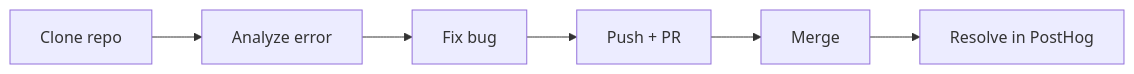
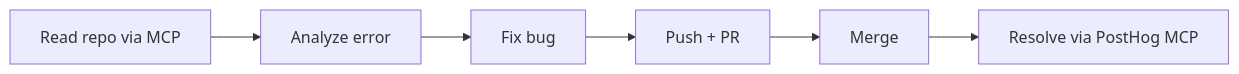
The second of 4 diagrams in OVERVIEW.md (MattBro/posthog-bugfix-agent), drawn with Mermaid before and after one commit. The commit also changed other lines of this file and 4 other files, not shown here.

First line of the commit message:
Fix PostHog MCP URL, audit cleanup across all files

````diff
--- a/OVERVIEW.md
+++ b/OVERVIEW.md
@@ -20,4 +20,4 @@
 ```mermaid
 flowchart LR
-    A["Clone repo"] --> B["Analyze error"] --> C["Fix bug"] --> D["Push + PR"] --> E["Merge"] --> F["Resolve in PostHog"]
+    A["Read repo via MCP"] --> B["Analyze error"] --> C["Fix bug"] --> D["Push + PR"] --> E["Merge"] --> F["Resolve via PostHog MCP"]
 ```
````
